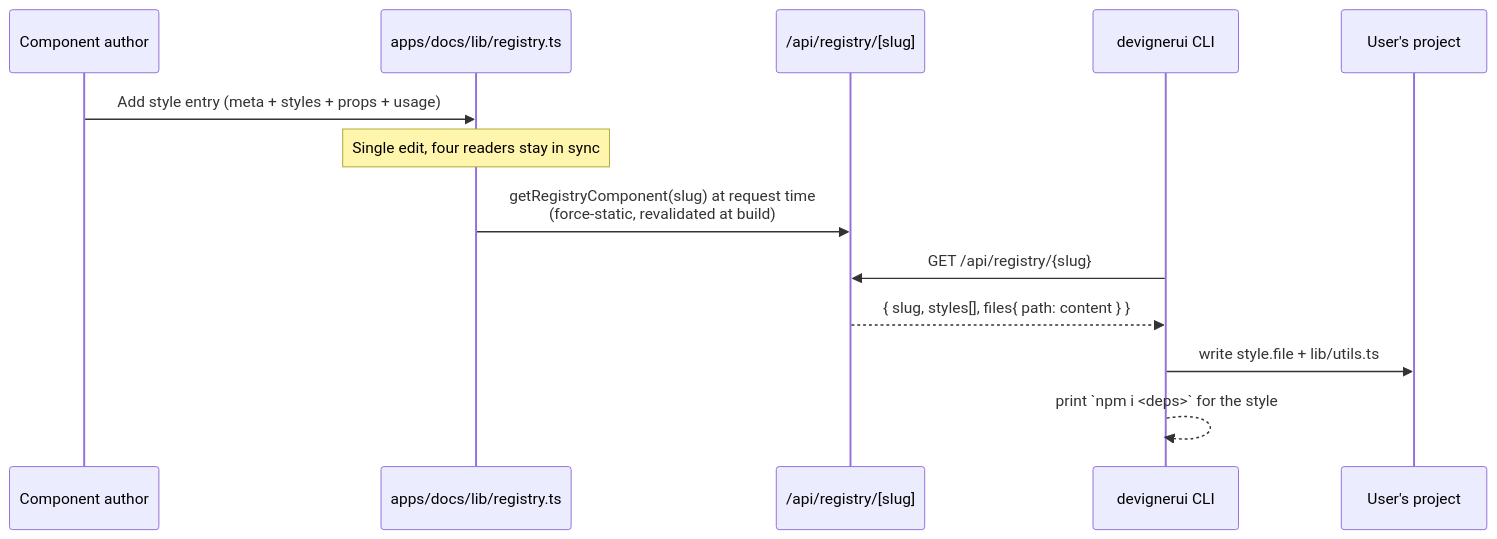
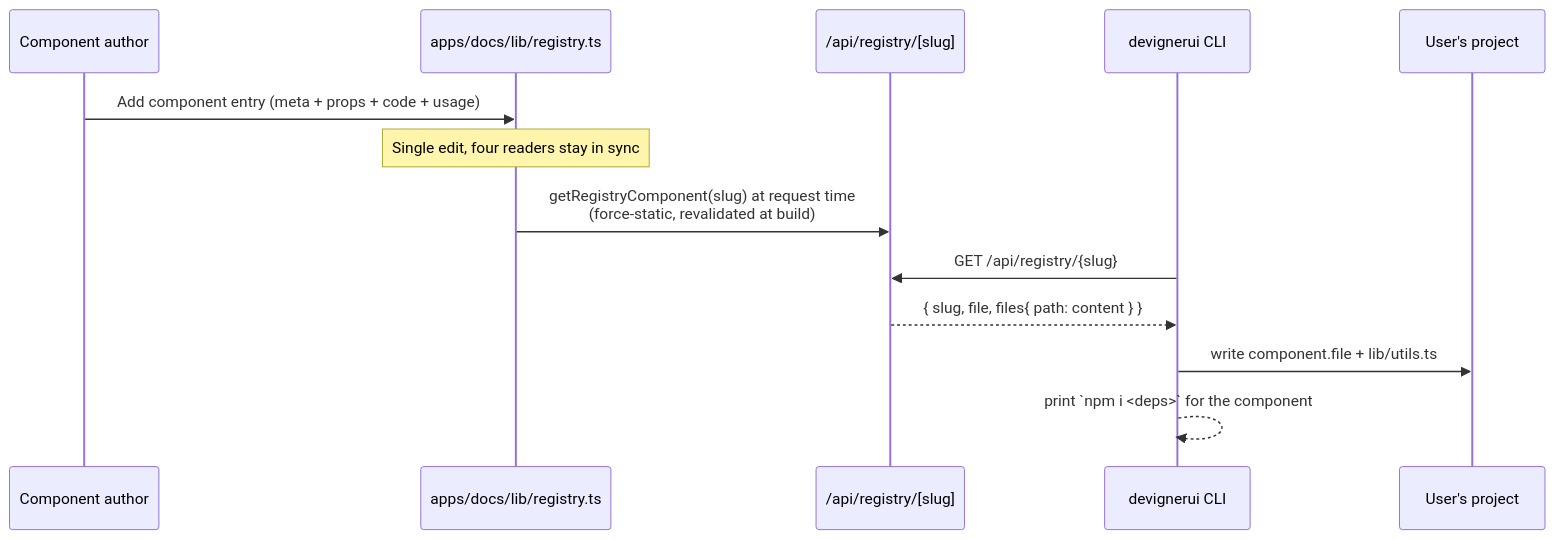
The second of 7 diagrams in SSOT.md (devigner-ui/devigner-ui), drawn with Mermaid before and after one commit. The commit also changed other lines of this file and 37 other files, not shown here.

````diff
--- a/SSOT.md
+++ b/SSOT.md
@@ -213,17 +213,17 @@
 ```mermaid
 sequenceDiagram
     participant Author as Component author
     participant Reg as apps/docs/lib/registry.ts
     participant API as /api/registry/[slug]
     participant CLI as devignerui CLI
     participant Proj as User's project
 
-    Author->>Reg: Add style entry (meta + styles + props + usage)
+    Author->>Reg: Add component entry (meta + props + code + usage)
     Note over Reg: Single edit, four readers stay in sync
 
     Reg->>API: getRegistryComponent(slug) at request time<br/>(force-static, revalidated at build)
     CLI->>API: GET /api/registry/{slug}
-    API-->>CLI: { slug, styles[], files{ path: content } }
-    CLI->>Proj: write style.file + lib/utils.ts
-    CLI-->>CLI: print `npm i <deps>` for the style
+    API-->>CLI: { slug, file, files{ path: content } }
+    CLI->>Proj: write component.file + lib/utils.ts
+    CLI-->>CLI: print `npm i <deps>` for the component
 ```
````
